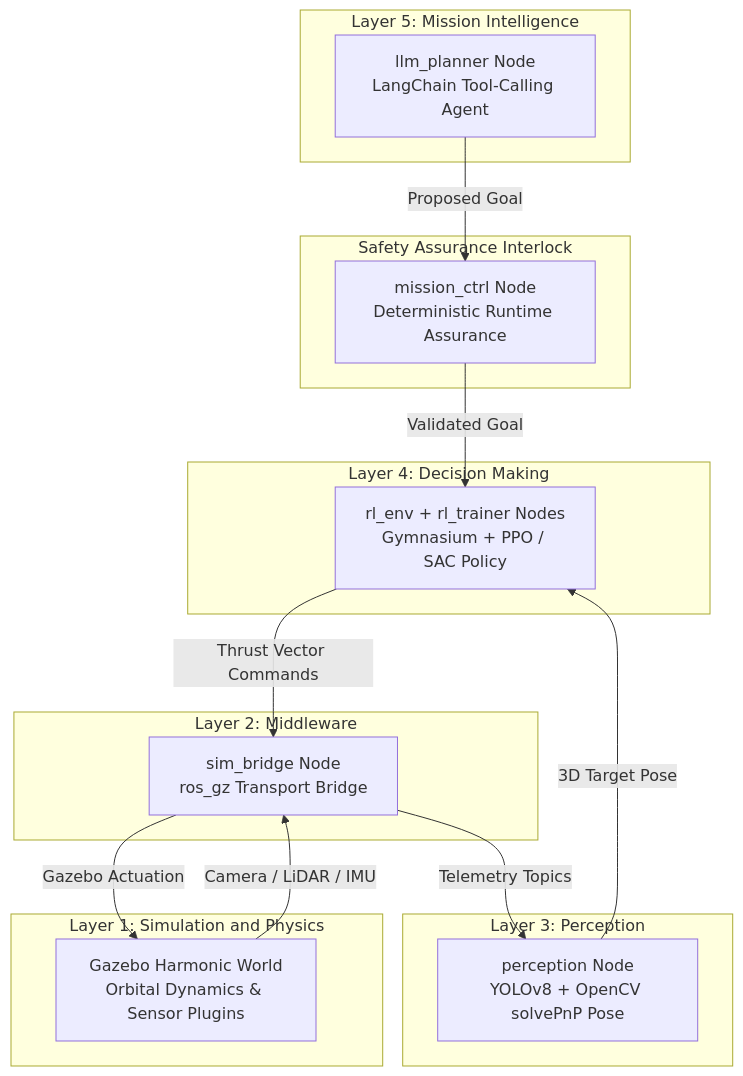
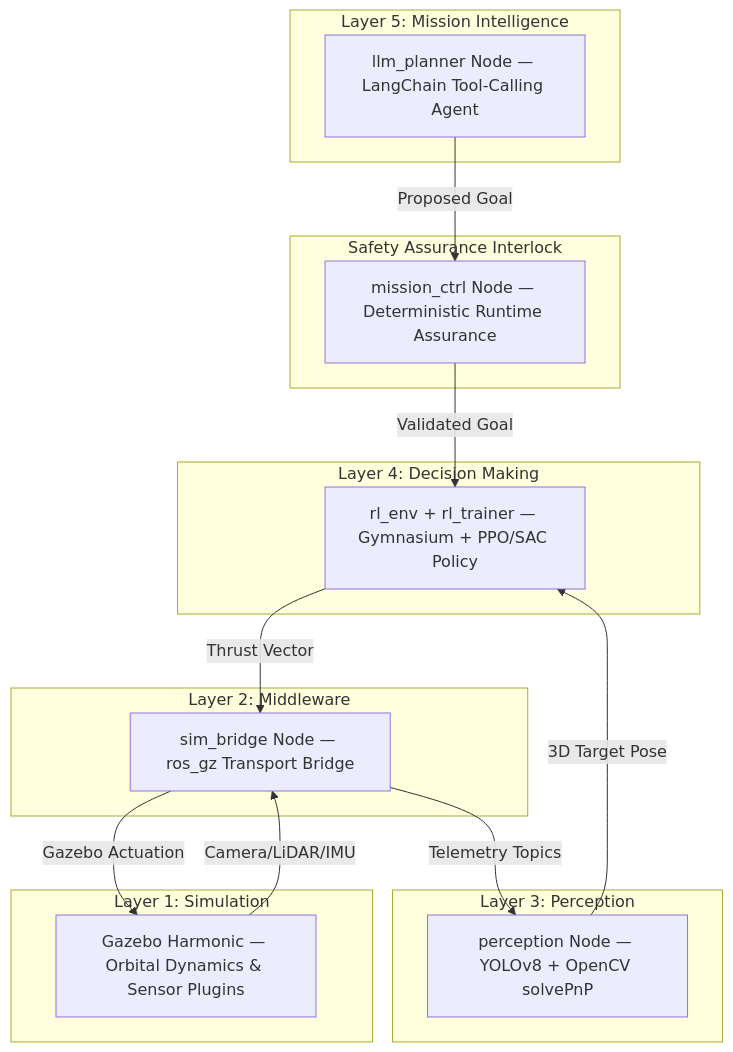
One commit to jwrhw7tueydwtt7575g/SpaceTry changed the second of 2 diagrams in README.md. Above: the diagram before and after it, drawn with Mermaid. The commit also changed other lines of this file and 9 other files, not shown here.

````diff
--- a/README.md
+++ b/README.md
@@ -142,34 +295,28 @@
 ```mermaid
 flowchart TD
     subgraph S5 ["Layer 5: Mission Intelligence"]
-        L5["llm_planner Node<br/>LangChain Tool-Calling Agent"]
+        L5["llm_planner Node — LangChain Tool-Calling Agent"]
     end
-
     subgraph S_SAFE ["Safety Assurance Interlock"]
-        LSA["mission_ctrl Node<br/>Deterministic Runtime Assurance"]
+        LSA["mission_ctrl Node — Deterministic Runtime Assurance"]
     end
-
     subgraph S4 ["Layer 4: Decision Making"]
-        L4["rl_env + rl_trainer Nodes<br/>Gymnasium + PPO / SAC Policy"]
+        L4["rl_env + rl_trainer — Gymnasium + PPO/SAC Policy"]
     end
-
     subgraph S3 ["Layer 3: Perception"]
-        L3["perception Node<br/>YOLOv8 + OpenCV solvePnP Pose"]
+        L3["perception Node — YOLOv8 + OpenCV solvePnP"]
     end
-
     subgraph S2 ["Layer 2: Middleware"]
-        L2["sim_bridge Node<br/>ros_gz Transport Bridge"]
+        L2["sim_bridge Node — ros_gz Transport Bridge"]
     end
-
-    subgraph S1 ["Layer 1: Simulation and Physics"]
-        L1["Gazebo Harmonic World<br/>Orbital Dynamics & Sensor Plugins"]
+    subgraph S1 ["Layer 1: Simulation"]
+        L1["Gazebo Harmonic — Orbital Dynamics & Sensor Plugins"]
     end
-
     L5 -->|Proposed Goal| LSA
     LSA -->|Validated Goal| L4
-    L1 -->|Camera / LiDAR / IMU| L2
+    L1 -->|Camera/LiDAR/IMU| L2
     L2 -->|Telemetry Topics| L3
     L3 -->|3D Target Pose| L4
-    L4 -->|Thrust Vector Commands| L2
+    L4 -->|Thrust Vector| L2
     L2 -->|Gazebo Actuation| L1
 ```
````
